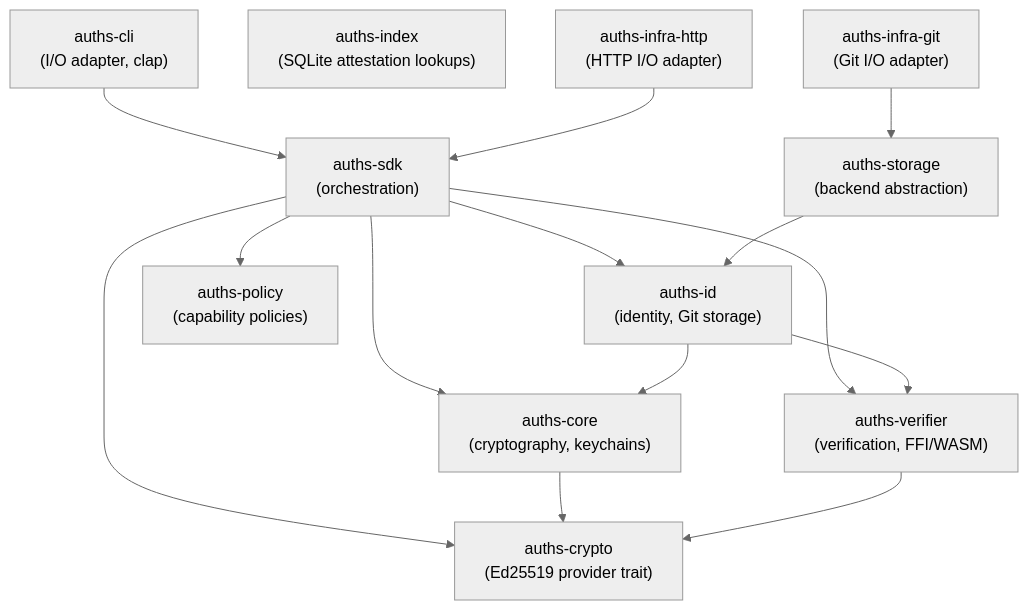
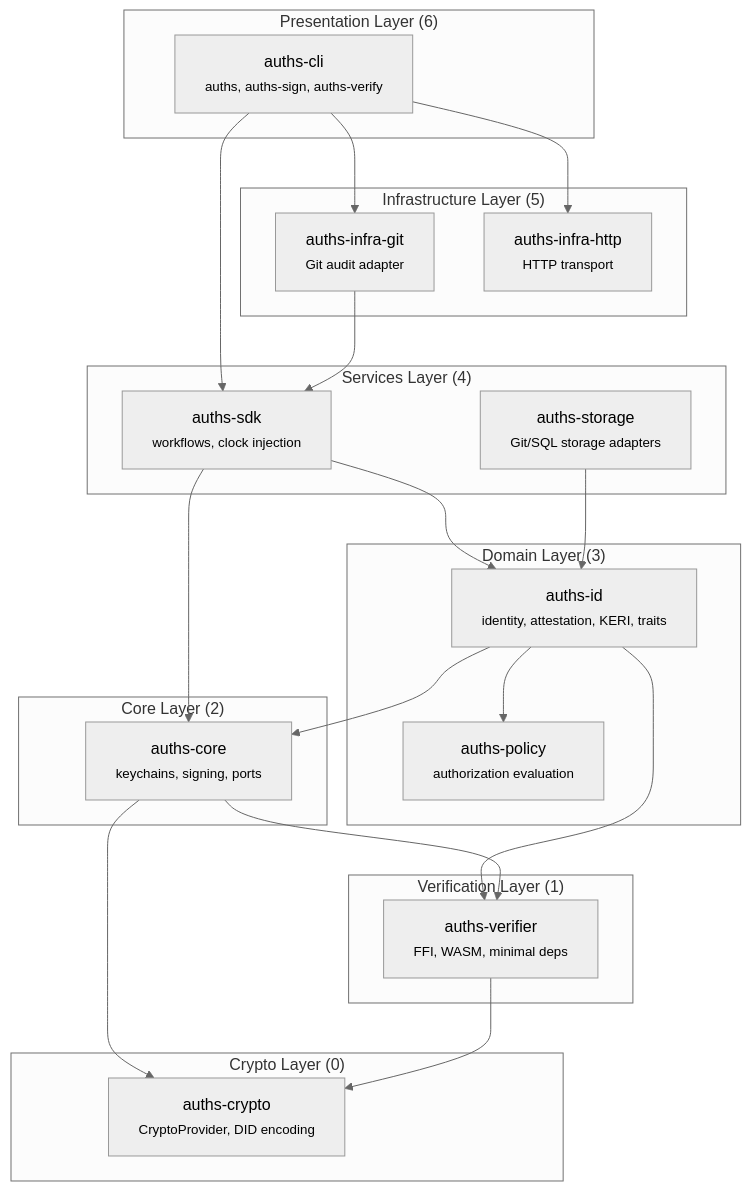
One commit to auths-dev/auths changed the first of 2 diagrams in docs/sdk/rust/overview.md. Above: the diagram before and after it, drawn with Mermaid (neutral theme). The commit also changed 6 other files, not shown here.

````diff
--- a/docs/sdk/rust/overview.md
+++ b/docs/sdk/rust/overview.md
@@ -7,28 +7,47 @@
 ```mermaid
-graph TD
-    CLI["auths-cli<br/>(I/O adapter, clap)"]
-    SDK["auths-sdk<br/>(orchestration)"]
-    CORE["auths-core<br/>(cryptography, keychains)"]
-    ID["auths-id<br/>(identity, Git storage)"]
-    VERIFIER["auths-verifier<br/>(verification, FFI/WASM)"]
-    CRYPTO["auths-crypto<br/>(Ed25519 provider trait)"]
-    POLICY["auths-policy<br/>(capability policies)"]
-    INDEX["auths-index<br/>(SQLite attestation lookups)"]
-    STORAGE["auths-storage<br/>(backend abstraction)"]
-    INFRA_GIT["auths-infra-git<br/>(Git I/O adapter)"]
-    INFRA_HTTP["auths-infra-http<br/>(HTTP I/O adapter)"]
+flowchart TD
+    subgraph Presentation["Presentation Layer (6)"]
+        CLI["auths-cli<br/><small>auths, auths-sign, auths-verify</small>"]
+    end
+
+    subgraph Infrastructure["Infrastructure Layer (5)"]
+        INFRA_GIT["auths-infra-git<br/><small>Git audit adapter</small>"]
+        INFRA_HTTP["auths-infra-http<br/><small>HTTP transport</small>"]
+    end
+
+    subgraph Services["Services Layer (4)"]
+        SDK["auths-sdk<br/><small>workflows, clock injection</small>"]
+        STORAGE["auths-storage<br/><small>Git/SQL storage adapters</small>"]
+    end
+
+    subgraph Domain["Domain Layer (3)"]
+        ID["auths-id<br/><small>identity, attestation, KERI, traits</small>"]
+        POLICY["auths-policy<br/><small>authorization evaluation</small>"]
+    end
+
+    subgraph Core["Core Layer (2)"]
+        CORE["auths-core<br/><small>keychains, signing, ports</small>"]
+    end
+
+    subgraph Verification["Verification Layer (1)"]
+        VERIFIER["auths-verifier<br/><small>FFI, WASM, minimal deps</small>"]
+    end
+
+    subgraph Crypto["Crypto Layer (0)"]
+        CRYPTO["auths-crypto<br/><small>CryptoProvider, DID encoding</small>"]
+    end
 
     CLI --> SDK
+    CLI --> INFRA_GIT
+    CLI --> INFRA_HTTP
+    INFRA_GIT --> SDK
+    SDK --> ID
     SDK --> CORE
-    SDK --> ID
-    SDK --> VERIFIER
-    SDK --> CRYPTO
-    SDK --> POLICY
+    STORAGE --> ID
     ID --> CORE
+    ID --> POLICY
     ID --> VERIFIER
+    CORE --> VERIFIER
     CORE --> CRYPTO
     VERIFIER --> CRYPTO
-    STORAGE --> ID
-    INFRA_GIT --> STORAGE
-    INFRA_HTTP --> SDK
 ```
````
